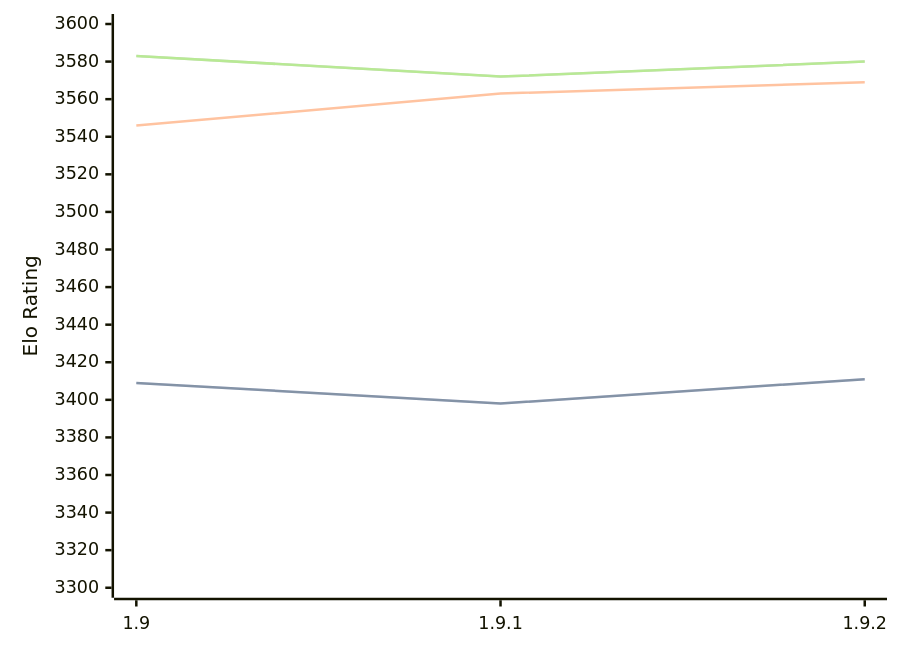
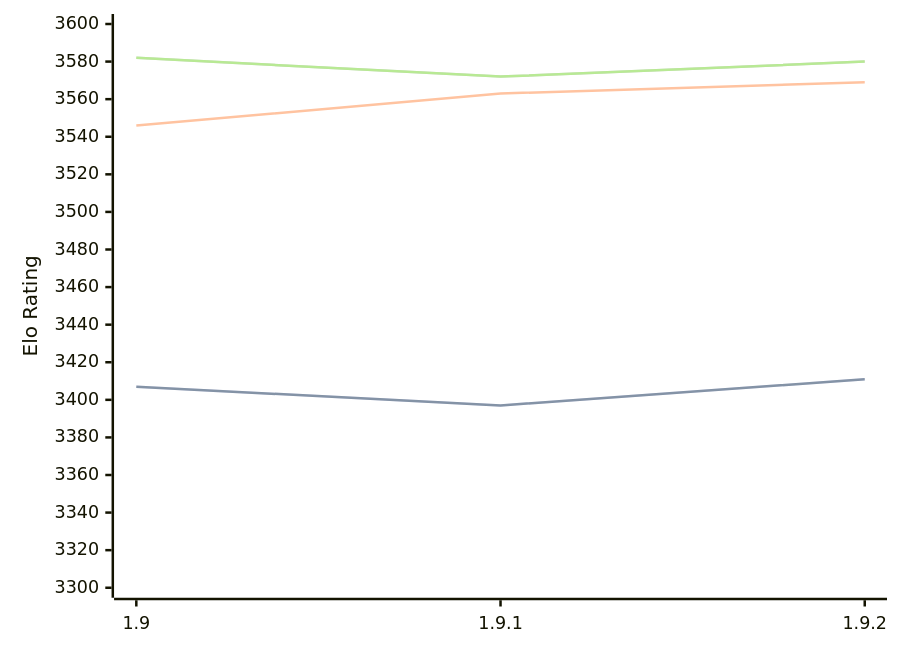
Before and after one commit to computer-chess-index/cci: the diagram in engines/Pawnocchio.md, drawn with Mermaid. The commit also changed other lines of this file, not shown here.

Commit message:
Update CCI Ratings (ELO VLTC) - 2026-02-14

````diff
--- a/engines/Pawnocchio.md
+++ b/engines/Pawnocchio.md
@@ -45,11 +45,11 @@
 ```mermaid
 %%{init: {"theme":"base","themeVariables":{"seriesColors:['#a3a3a3','#222221','#faa371']}}}%%
 xychart-beta
   x-axis ["1.9", "1.9.1", "1.9.2"]
   y-axis "Elo Rating" 3300 --> 3600
-  line "STC (8.0+0.08s)" [3409, 3398, 3411]
-  line "STC (8.0+0.08s)" [3409, 3398, 3411]
+  line "STC (8.0+0.08s)" [3407, 3397, 3411]
+  line "STC (8.0+0.08s)" [3407, 3397, 3411]
   line "LTC (60.0+0.60s)" [3546, 3563, 3569]
-  line "VLTC (2m24s+1.12s)" [3583, 3572, 3580]
-  line "VLTC (2m24s+1.12s)" [3583, 3572, 3580]
+  line "VLTC (2m24s+1.12s)" [3582, 3572, 3580]
+  line "VLTC (2m24s+1.12s)" [3582, 3572, 3580]
 ```
````
